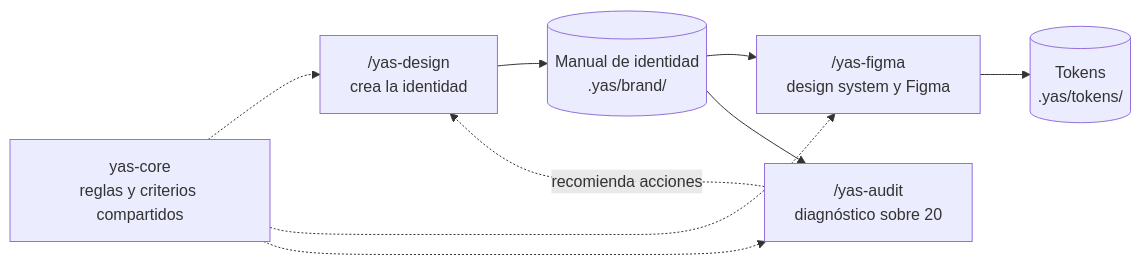
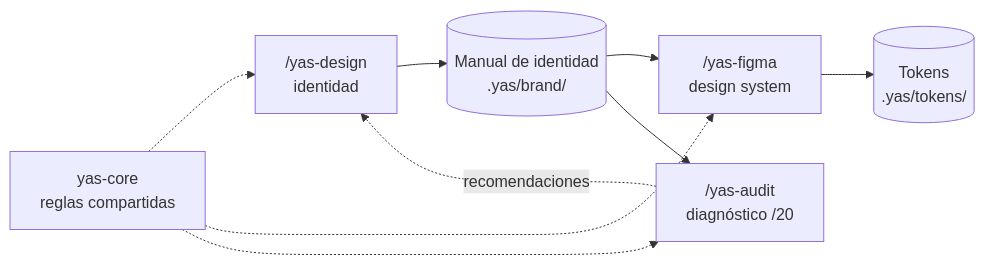
One commit to Yasmani-Vinamagua/design-system-skill changed the diagram in README.md. Above: the diagram before and after it, drawn with Mermaid. The commit also changed other lines of this file, not shown here.

First line of the commit message:
Revise README for Yas Design branding and content

````diff
--- a/README.md
+++ b/README.md
@@ -44,11 +58,11 @@
 ```mermaid
 flowchart LR
-    A["/yas-design<br/>crea la identidad"] --> M[("Manual de identidad<br/>.yas/brand/")]
-    M --> B["/yas-figma<br/>design system y Figma"]
-    M --> C["/yas-audit<br/>diagnóstico sobre 20"]
+    A["/yas-design<br/>identidad"] --> M[("Manual de identidad<br/>.yas/brand/")]
+    M --> B["/yas-figma<br/>design system"]
+    M --> C["/yas-audit<br/>diagnóstico /20"]
     B --> T[("Tokens<br/>.yas/tokens/")]
-    C -. recomienda acciones .-> A
-    K["yas-core<br/>reglas y criterios compartidos"] -.-> A
+    C -. recomendaciones .-> A
+    K["yas-core<br/>reglas compartidas"] -.-> A
     K -.-> B
     K -.-> C
 ```
````
